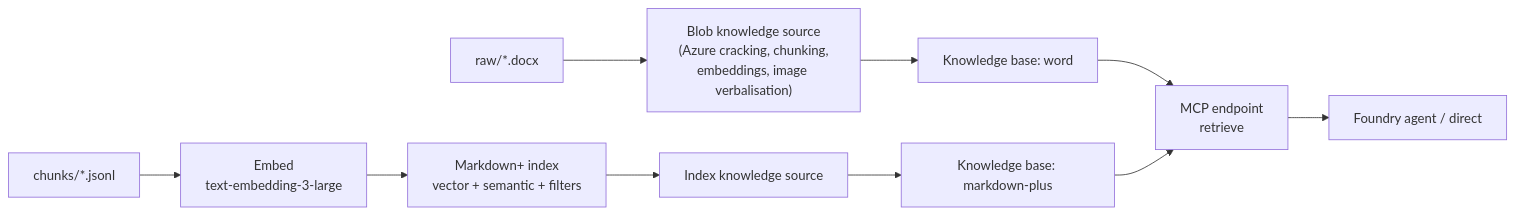
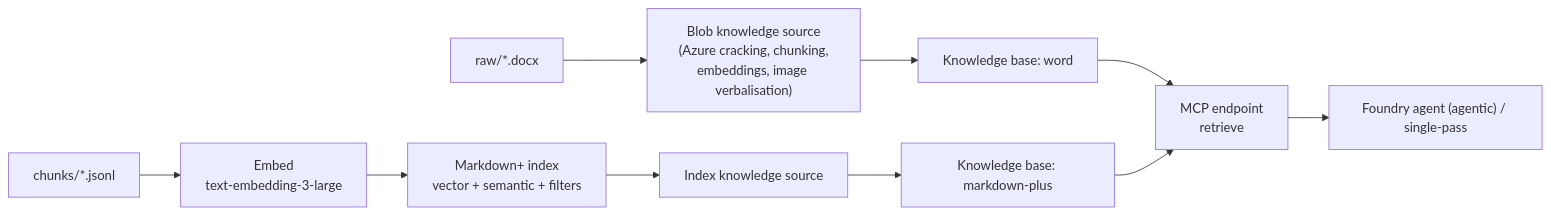
One commit to PradeepDhawanRedburn/research-ai-poc changed the fourth of 9 diagrams in docs/TECHNICAL_ARCHITECTURE.md. Above: the diagram before and after it, drawn with Mermaid. The commit also changed other lines of this file and 33 other files, not shown here.

````diff
--- a/docs/TECHNICAL_ARCHITECTURE.md
+++ b/docs/TECHNICAL_ARCHITECTURE.md
@@ -120,10 +120,10 @@
 ```mermaid
 flowchart LR
     RAW["raw/*.docx"] --> KSB["Blob knowledge source<br/>(Azure cracking, chunking,<br/>embeddings, image verbalisation)"]
     KSB --> KBW["Knowledge base: word"]
     CHUNKS["chunks/*.jsonl"] --> EMB["Embed<br/>text-embedding-3-large"]
     EMB --> IDX["Markdown+ index<br/>vector + semantic + filters"]
     IDX --> KSI["Index knowledge source"] --> KBM["Knowledge base: markdown-plus"]
     KBW & KBM --> MCP["MCP endpoint<br/>retrieve"]
-    MCP --> AG["Foundry agent / direct"]
+    MCP --> AG["Foundry agent (agentic) / single-pass"]
 ```
````
